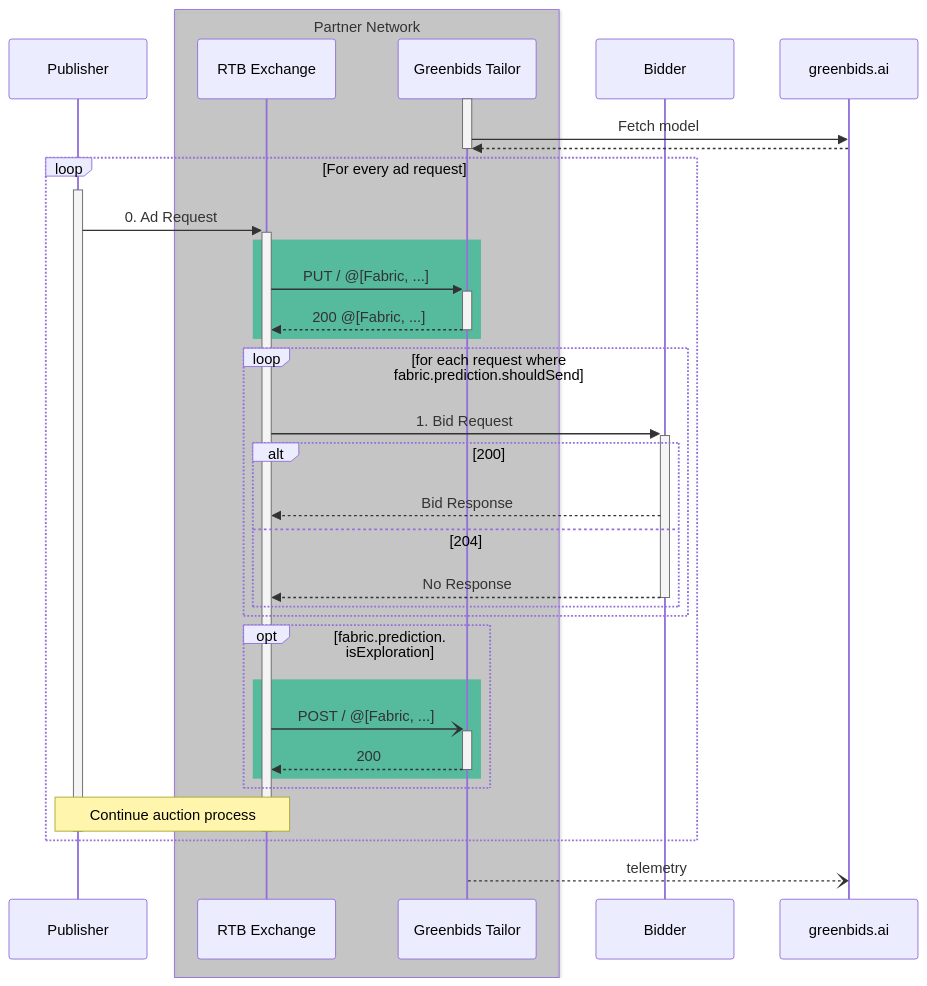
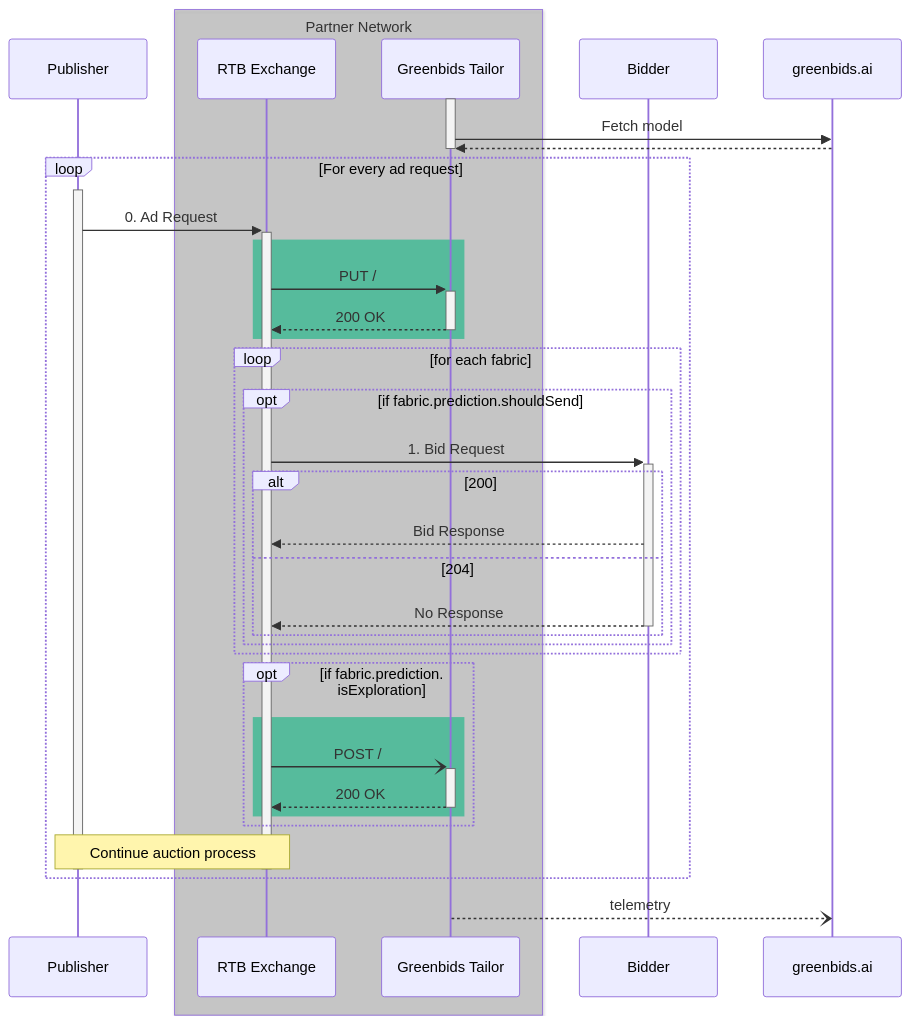
Before and after one commit to greenbids/greenbids-tailor-external: the diagram in README.md, drawn with Mermaid. The commit also changed other lines of this file and 9 other files, not shown here.

````diff
--- a/README.md
+++ b/README.md
@@ -62,46 +62,48 @@
 ```mermaid
 sequenceDiagram
     participant Publisher
     box rgba(128, 128, 128, 0.33) Partner Network
         participant SSP as RTB Exchange
         participant GB as Greenbids Tailor
     end
     participant Bidder
     participant greenbids.ai
 
     activate GB
     GB ->> greenbids.ai: Fetch model
     greenbids.ai -->> GB: 
     deactivate GB
 
     loop For every ad request
         activate Publisher
         Publisher ->>+ SSP: 0. Ad Request
 
         rect rgba(30, 183, 136, 0.66)
-        SSP ->>+ GB: PUT / @[Fabric, ...]
-        GB -->>- SSP: 200 @[Fabric, ...]
+        SSP ->>+ GB: PUT /
+        GB -->>- SSP: 200 OK
         end
 
-        loop for each request where fabric.prediction.shouldSend
-            SSP ->>+ Bidder : 1. Bid Request
-            alt 200
-            Bidder -->> SSP: Bid Response
-            else 204
-            Bidder -->>- SSP: No Response
+        loop for each fabric
+            opt if fabric.prediction.shouldSend
+                SSP ->>+ Bidder : 1. Bid Request
+                alt 200
+                Bidder -->> SSP: Bid Response
+                else 204
+                Bidder -->>- SSP: No Response
+                end
             end
         end
 
-        opt fabric.prediction.<br>isExploration
+        opt if fabric.prediction. isExploration
             rect rgba(30, 183, 136, 0.66)
-                SSP -)+ GB: POST / @[Fabric, ...]
-                GB -->>- SSP: 200
+                SSP -)+ GB: POST /
+                GB -->>- SSP: 200 OK
             end
         end
 
         note over Publisher,SSP: Continue auction process
         deactivate SSP
         deactivate Publisher
     end
         GB --) greenbids.ai: telemetry
 ```
````
